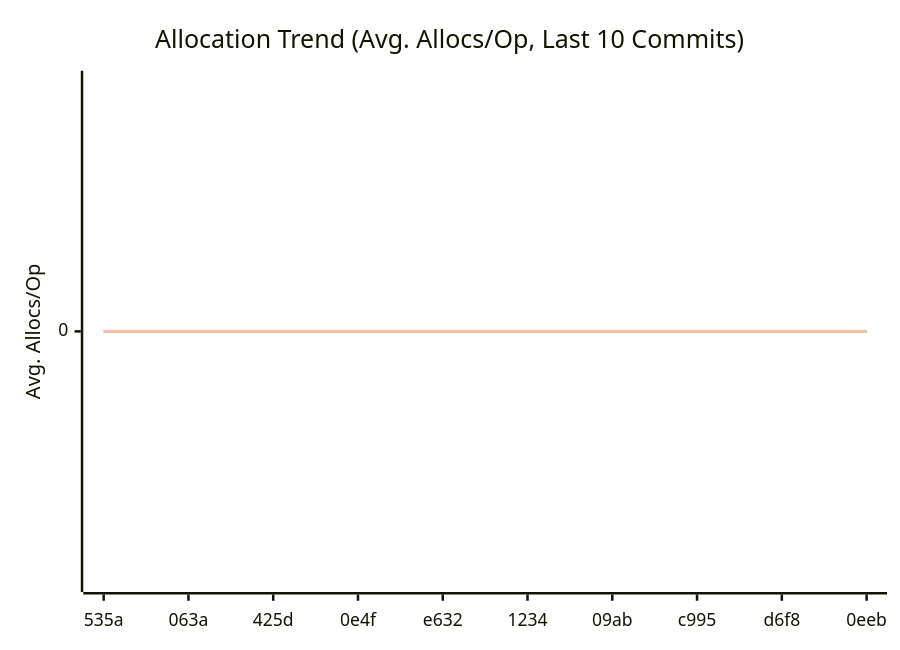
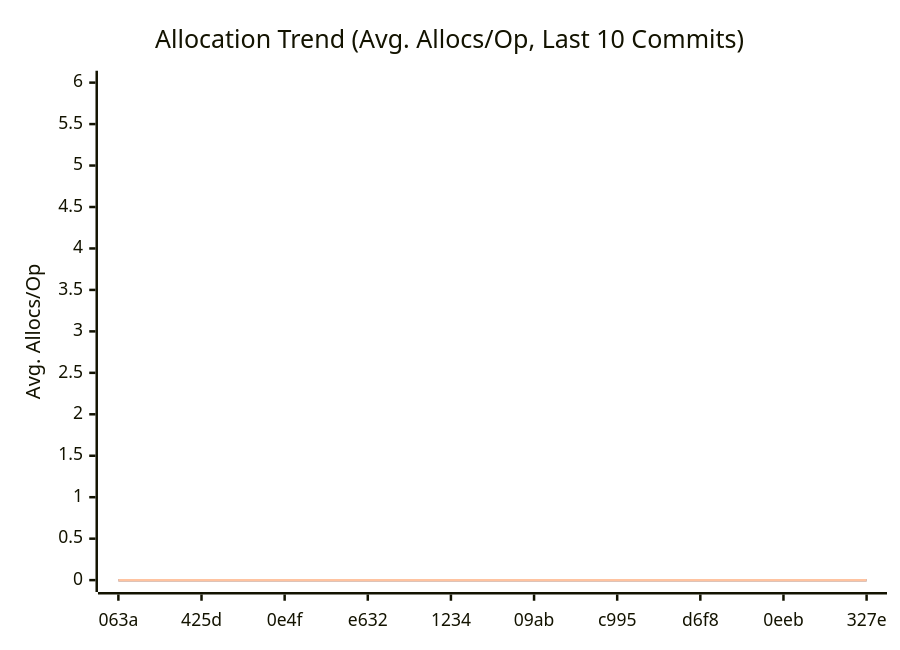
The third of 3 diagrams in doc/README.md (alsotoes/momo), drawn with Mermaid before and after one commit. The commit also changed other lines of this file and 1 other file, not shown here.

````diff
--- a/doc/README.md
+++ b/doc/README.md
@@ -312,10 +322,12 @@
 ```mermaid
 xychart-beta
     title "Allocation Trend (Avg. Allocs/Op, Last 10 Commits)"
     x-axis "Commit"
     y-axis "Avg. Allocs/Op"
-    x-axis [535a,063a,425d,0e4f,e632,1234,09ab,c995,d6f8,0eeb]
+    x-axis [063a,425d,0e4f,e632,1234,09ab,c995,d6f8,0eeb,327e]
     line "CheckMetricsAndSwap" [0,0,0,0,0,0,0,0,0,0]
     line "IndexDirectTracking" [0,0,0,0,0,0,0,0,0,0]
     line "IndexSearch" [0,0,0,0,0,0,0,0,0,0]
+    line "ParseReplicationOrder_NoPrealloc" [6]
+    line "ParseReplicationOrder_Prealloc" [2]
 ```
````
